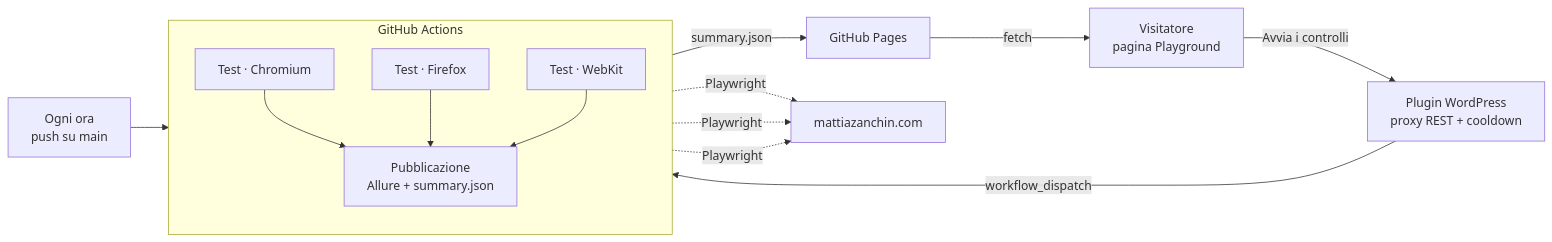
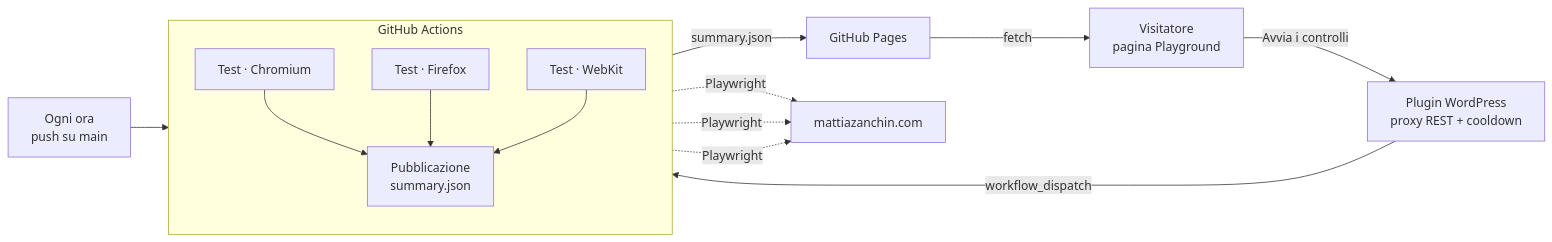
The diagram in README.it.md (MattiaZanchin94/website-quality-lab), drawn with Mermaid before and after one commit. The commit also changed other lines of this file and 1 other file, not shown here.

First line of the commit message:
Remove Allure from the README

````diff
--- a/README.it.md
+++ b/README.it.md
@@ -16,13 +16,13 @@
 ```mermaid
 flowchart LR
     V["Visitatore<br/>pagina Playground"] -- "Avvia i controlli" --> WP["Plugin WordPress<br/>proxy REST + cooldown"]
     WP -- "workflow_dispatch" --> GA
     S["Ogni ora<br/>push su main"] --> GA
     subgraph GA["GitHub Actions"]
         direction TB
-        T1["Test · Chromium"] & T2["Test · Firefox"] & T3["Test · WebKit"] --> P["Pubblicazione<br/>Allure + summary.json"]
+        T1["Test · Chromium"] & T2["Test · Firefox"] & T3["Test · WebKit"] --> P["Pubblicazione<br/>summary.json"]
     end
     P -- "summary.json" --> GP["GitHub Pages"]
     GP -- "fetch" --> V
     T1 & T2 & T3 -. "Playwright" .-> SITE["mattiazanchin.com"]
 ```
````
